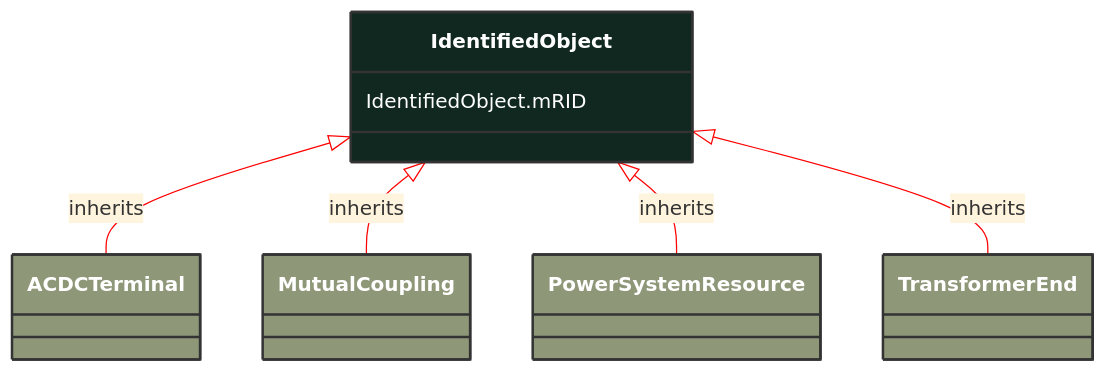
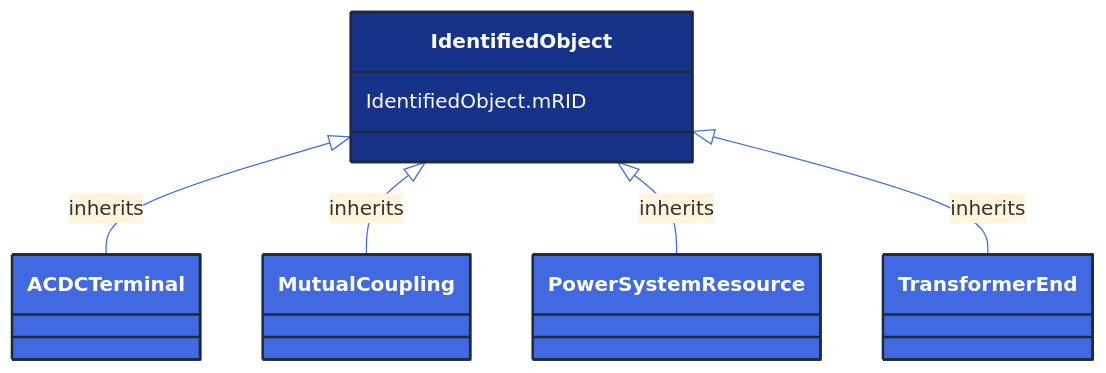
The diagram in docs/Models/Profiles/ShortCircuit/AbstractClasses/IdentifiedObject.md (3lbits/NoCIMExtensions), drawn with Mermaid before and after one commit. The commit also changed 362 other files, not shown here.

First line of the commit message:
Update diagrams and styles for improved visual consistency

````diff
--- a/docs/Models/Profiles/ShortCircuit/AbstractClasses/IdentifiedObject.md
+++ b/docs/Models/Profiles/ShortCircuit/AbstractClasses/IdentifiedObject.md
@@ -10,35 +10,35 @@
 ```mermaid
-%%{init: {'theme':'base','themeVariables': {'lineColor': '#FF0000'}}}%%
+%%{init: {'theme':'base','themeVariables': {'lineColor': '#4169E1'}}}%%
 classDiagram
     class IdentifiedObject
     click IdentifiedObject href "/Models/Profiles/ShortCircuit/AbstractClasses/IdentifiedObject/"
-    style IdentifiedObject fill:#102820,stroke:#333,stroke-width:2px,rx:10,ry:10,color:white
+    style IdentifiedObject fill:#163289,stroke:#1F2A37,stroke-width:2px,rx:10,ry:10,color:white
 
         IdentifiedObject <|-- ACDCTerminal : inherits
 
         ACDCTerminal
             click ACDCTerminal href "/Models/Profiles/ShortCircuit/AbstractClasses/ACDCTerminal/"
-            style ACDCTerminal fill:#8F9779,stroke:#333,stroke-width:2px,rx:10,ry:10,color:white
+            style ACDCTerminal fill:#4169E1,stroke:#1F2A37,stroke-width:2px,rx:10,ry:10,color:white
 
         IdentifiedObject <|-- MutualCoupling : inherits
 
         MutualCoupling
             click MutualCoupling href "/Models/Profiles/ShortCircuit/ConcreteClasses/MutualCoupling/"
-            style MutualCoupling fill:#8F9779,stroke:#333,stroke-width:2px,rx:10,ry:10,color:white
+            style MutualCoupling fill:#4169E1,stroke:#1F2A37,stroke-width:2px,rx:10,ry:10,color:white
 
         IdentifiedObject <|-- PowerSystemResource : inherits
 
         PowerSystemResource
             click PowerSystemResource href "/Models/Profiles/ShortCircuit/AbstractClasses/PowerSystemResource/"
-            style PowerSystemResource fill:#8F9779,stroke:#333,stroke-width:2px,rx:10,ry:10,color:white
+            style PowerSystemResource fill:#4169E1,stroke:#1F2A37,stroke-width:2px,rx:10,ry:10,color:white
 
         IdentifiedObject <|-- TransformerEnd : inherits
 
         TransformerEnd
             click TransformerEnd href "/Models/Profiles/ShortCircuit/AbstractClasses/TransformerEnd/"
-            style TransformerEnd fill:#8F9779,stroke:#333,stroke-width:2px,rx:10,ry:10,color:white
+            style TransformerEnd fill:#4169E1,stroke:#1F2A37,stroke-width:2px,rx:10,ry:10,color:white
 
 
 
         IdentifiedObject : IdentifiedObject.mRID
 ```
````
